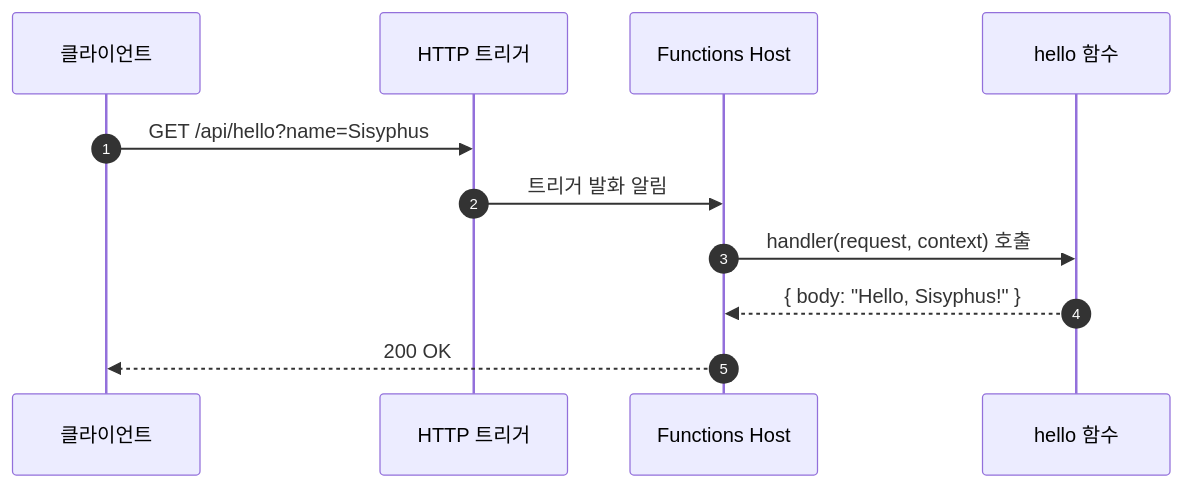
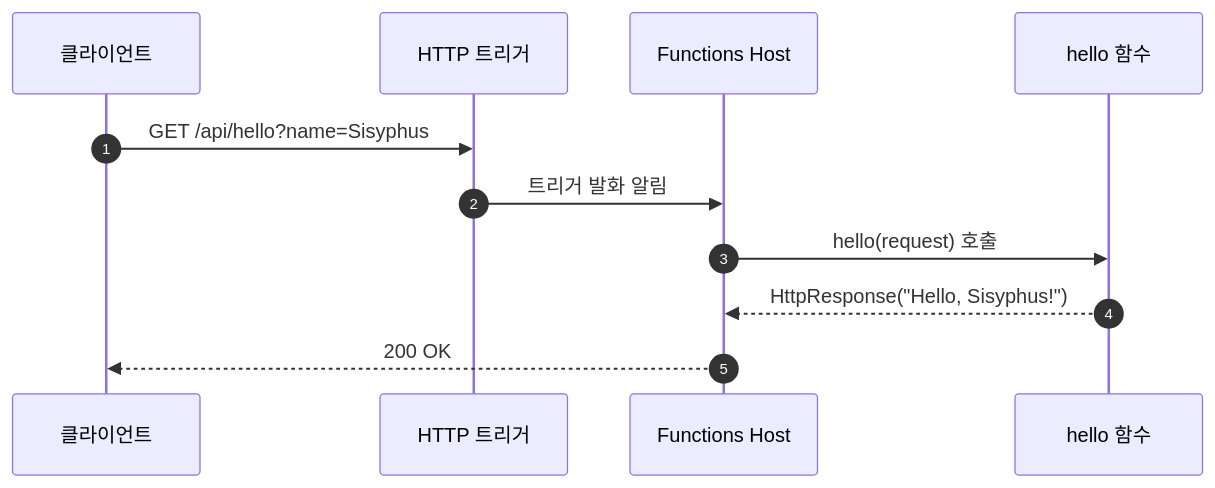
Before and after one commit to yeongseon-books/book-content: the first of 3 diagrams in azure-functions-101/ko/01-what-is-azure-functions.md, drawn with Mermaid. The commit also changed other lines of this file and 42 other files, not shown here.

First line of the commit message:
fix: 오라클 리뷰 반영 — Functions 101/Deep Dive 사실관계·톤·다이어그램 정리, App Service 101 ko/en 재구조화

````diff
--- a/azure-functions-101/ko/01-what-is-azure-functions.md
+++ b/azure-functions-101/ko/01-what-is-azure-functions.md
@@ -54,13 +54,13 @@
 ```mermaid
 sequenceDiagram
     autonumber
     participant Client as 클라이언트
     participant Trigger as HTTP 트리거
     participant Host as Functions Host
     participant Func as hello 함수
     Client->>Trigger: GET /api/hello?name=Sisyphus
     Trigger->>Host: 트리거 발화 알림
-    Host->>Func: handler(request, context) 호출
-    Func-->>Host: { body: "Hello, Sisyphus!" }
+    Host->>Func: hello(request) 호출
+    Func-->>Host: HttpResponse("Hello, Sisyphus!")
     Host-->>Client: 200 OK
 ```
````
